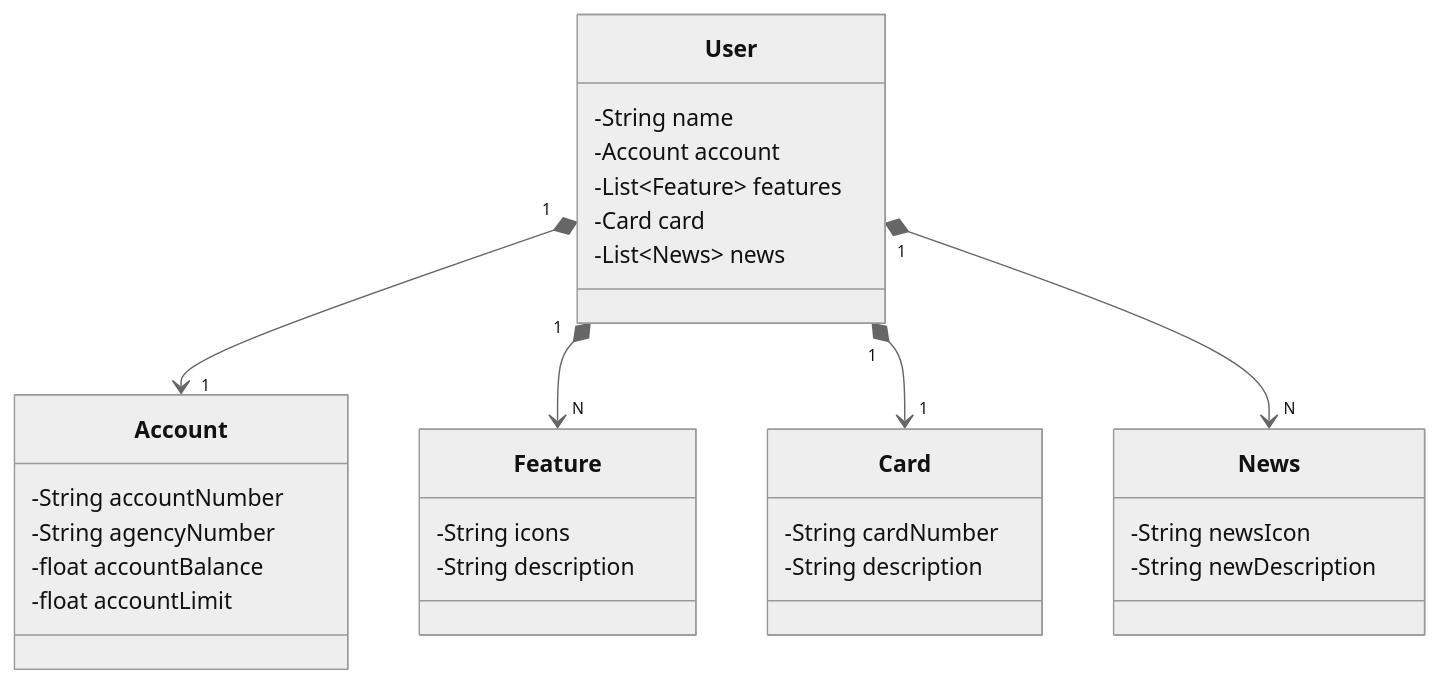
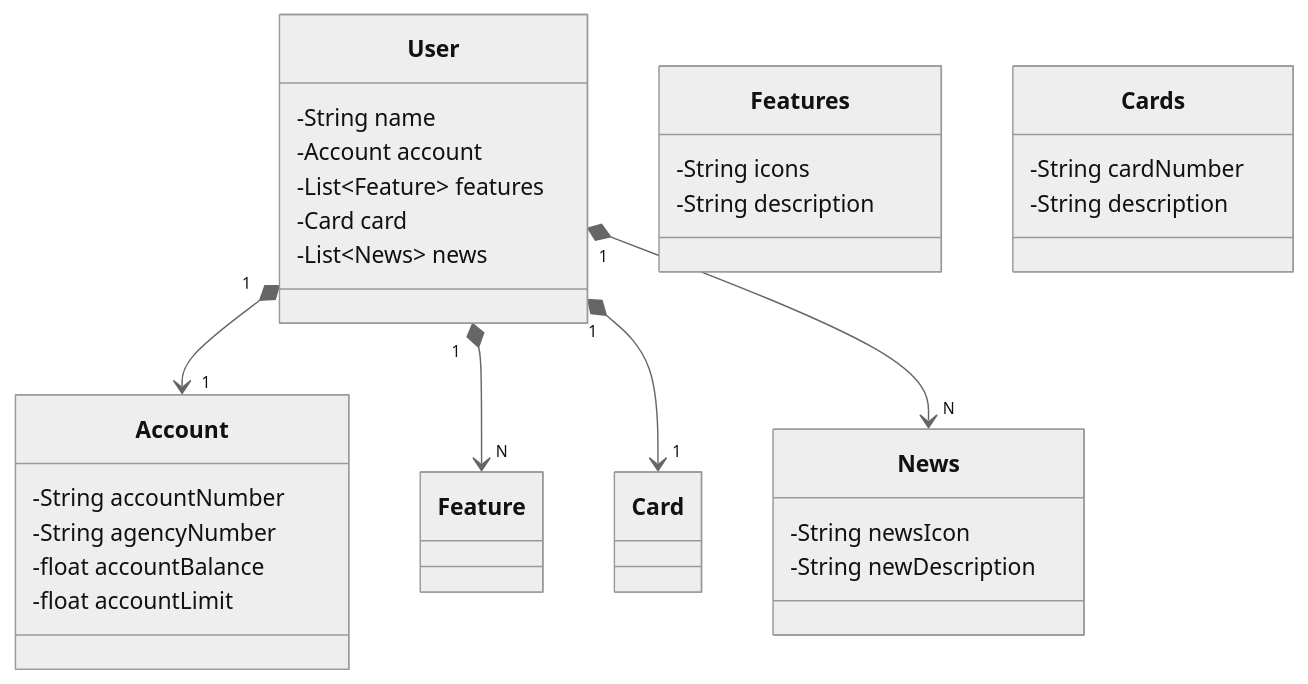
The diagram in README.md (douglashsoares/SpringBootApi-Java-Santander), drawn with Mermaid (neutral theme) before and after one commit.

Commit message:
Update README.md
ReadMe update classes

````diff
--- a/README.md
+++ b/README.md
@@ -4,37 +4,37 @@
 ```mermaid
 classDiagram
     class User {
         -String name
         -Account account
         -List~Feature~ features
         -Card card
         -List~News~ news
     }
     
     class Account {
         -String accountNumber
         -String agencyNumber
         -float accountBalance
         -float accountLimit
     }
     
-    class Feature {
+    class Features {
         -String icons
         -String description
     }
     
-    class Card {
+    class Cards {
         -String cardNumber
         -String description
     }
     
     class News {
         -String newsIcon
         -String newDescription
     }
     
     User "1" *--> "1" Account
     User "1" *--> "N" Feature
     User "1" *--> "1" Card
     User "1" *--> "N" News
 ```
````
